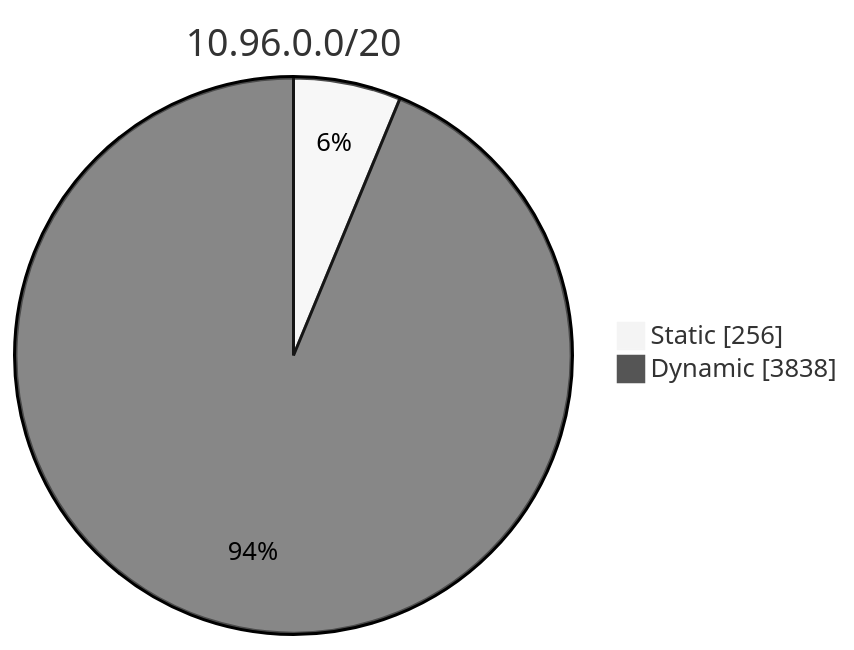
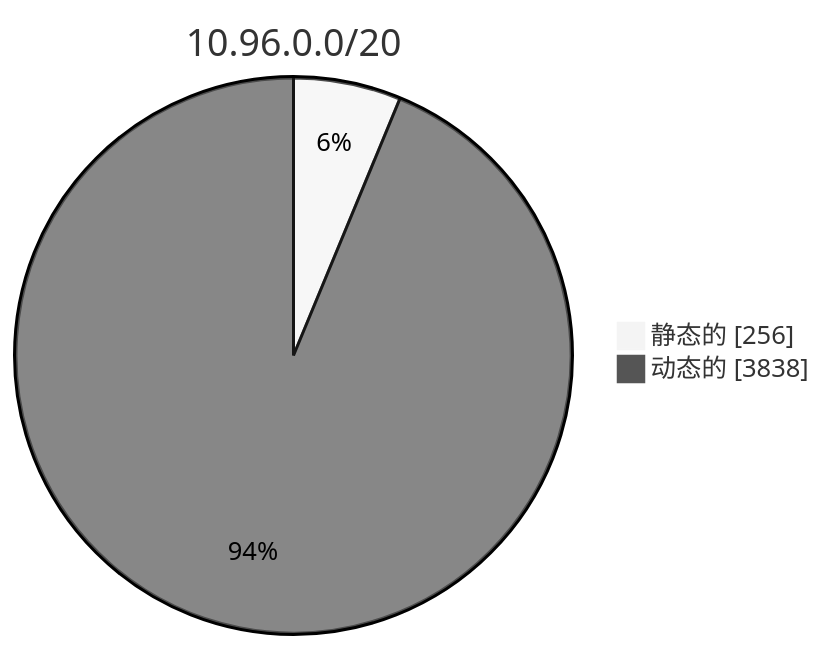
The second of 3 diagrams in content/zh-cn/docs/concepts/services-networking/cluster-ip-allocation.md (kubernetes/website), drawn with Mermaid (neutral theme) before and after one commit. The commit also changed other lines of this file, not shown here.

```diff
--- a/content/zh-cn/docs/concepts/services-networking/cluster-ip-allocation.md
+++ b/content/zh-cn/docs/concepts/services-networking/cluster-ip-allocation.md
@@ -168,6 +197,6 @@
 {{< mermaid >}}
 pie showData
     title 10.96.0.0/20
-    "Static" : 256
-    "Dynamic" : 3838
+    "静态的" : 256
+    "动态的" : 3838
 {{< /mermaid >}}
```
